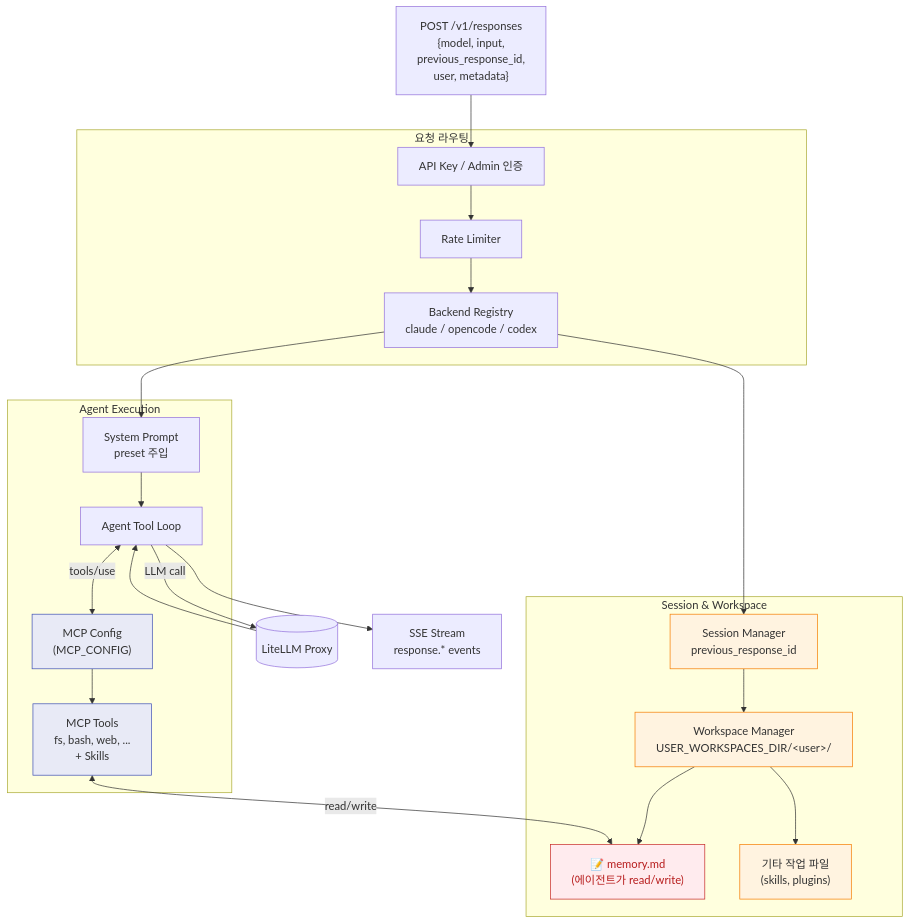
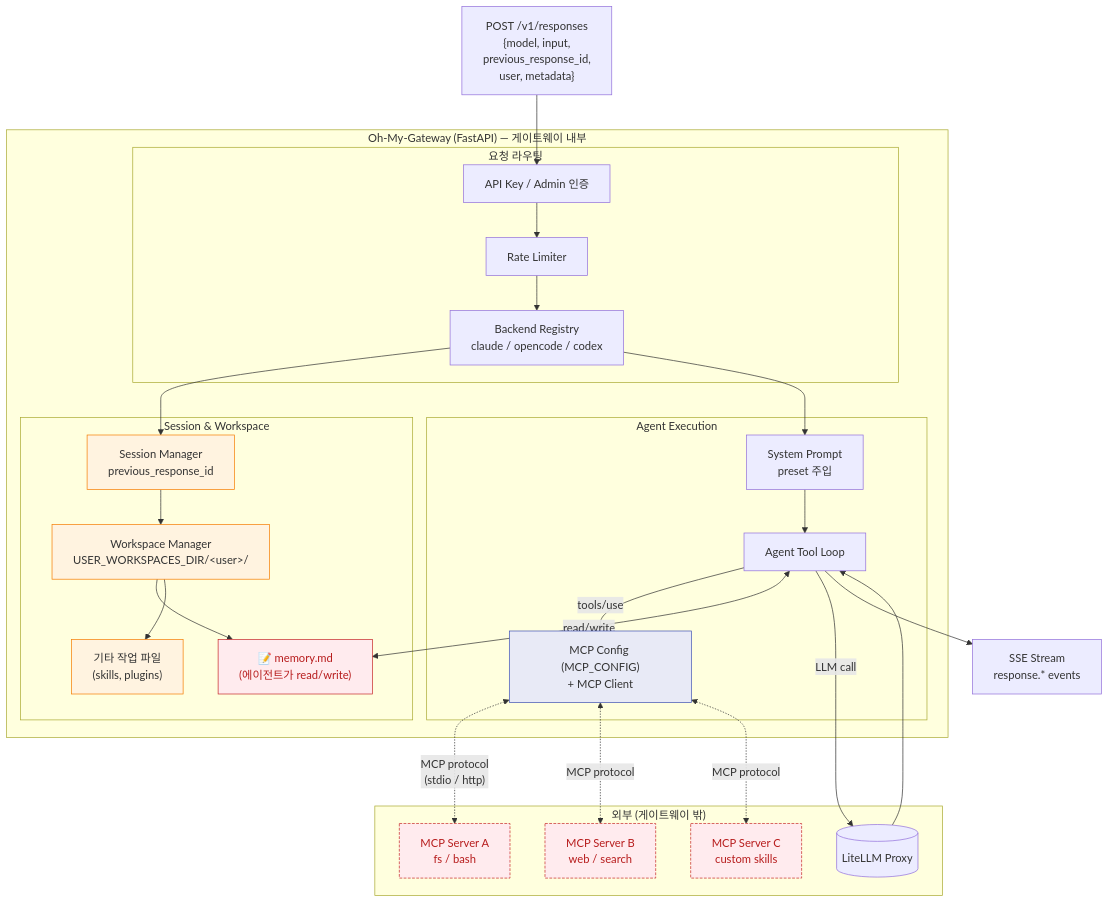
Before and after one commit to Kyutinium/open-webui: the third of 5 diagrams in docs/pipeline-architecture.md, drawn with Mermaid. The commit also changed other lines of this file, not shown here.

Commit message:
docs: move MCP outside gateway in mermaid sources, embed rendered SVG

````diff
--- a/docs/pipeline-architecture.md
+++ b/docs/pipeline-architecture.md
@@ -128,45 +145,57 @@
 ```mermaid
 flowchart TB
     In["POST /v1/responses<br/>{model, input,<br/>previous_response_id,<br/>user, metadata}"]
 
-    subgraph Routing["요청 라우팅"]
-        Auth[API Key / Admin 인증]
-        Rate[Rate Limiter]
-        Reg[Backend Registry<br/>claude / opencode / codex]
+    subgraph GW["Oh-My-Gateway (FastAPI) — 게이트웨이 내부"]
+        subgraph Routing["요청 라우팅"]
+            Auth[API Key / Admin 인증]
+            Rate[Rate Limiter]
+            Reg[Backend Registry<br/>claude / opencode / codex]
+        end
+
+        subgraph Sess["Session & Workspace"]
+            SM[Session Manager<br/>previous_response_id]
+            WM["Workspace Manager<br/>USER_WORKSPACES_DIR/&lt;user&gt;/"]
+            Mem["📝 memory.md<br/>(에이전트가 read/write)"]
+            Files["기타 작업 파일<br/>(skills, plugins)"]
+        end
+
+        subgraph Backend["Agent Execution"]
+            SP[System Prompt<br/>preset 주입]
+            Loop[Agent Tool Loop]
+            MCPC["MCP Config (MCP_CONFIG)<br/>+ MCP Client"]
+        end
     end
 
-    subgraph Sess["Session & Workspace"]
-        SM[Session Manager<br/>previous_response_id]
-        WM["Workspace Manager<br/>USER_WORKSPACES_DIR/&lt;user&gt;/"]
-        Mem["📝 memory.md<br/>(에이전트가 read/write)"]
-        Files["기타 작업 파일<br/>(skills, plugins)"]
+    subgraph Ext["외부 (게이트웨이 밖)"]
+        Tools1["MCP Server A<br/>fs / bash"]
+        Tools2["MCP Server B<br/>web / search"]
+        Tools3["MCP Server C<br/>custom skills"]
+        LLM[(LiteLLM Proxy)]
     end
 
-    subgraph Backend["Agent Execution"]
-        SP[System Prompt<br/>preset 주입]
-        Loop[Agent Tool Loop]
-        MCPC["MCP Config<br/>(MCP_CONFIG)"]
-        Tools["MCP Tools<br/>fs, bash, web, ...<br/>+ Skills"]
-    end
-
-    LLM[(LiteLLM Proxy)]
     SSE["SSE Stream<br/>response.* events"]
 
     In --> Auth --> Rate --> Reg
     Reg --> SM --> WM
     WM --> Mem
     WM --> Files
     Reg --> SP --> Loop
-    Loop <-- "tools/use" --> MCPC --> Tools
-    Tools <-- "read/write" --> Mem
+    Loop -- "tools/use" --> MCPC
+    MCPC <-. "MCP protocol<br/>(stdio / http)" .-> Tools1
+    MCPC <-. "MCP protocol" .-> Tools2
+    MCPC <-. "MCP protocol" .-> Tools3
+    Loop <-- "read/write" --> Mem
     Loop -- "LLM call" --> LLM
     LLM --> Loop
     Loop --> SSE
 
     classDef sess fill:#FFF3E0,stroke:#F57C00
     classDef mem fill:#FFEBEE,stroke:#C62828,color:#B71C1C
-    classDef tool fill:#E8EAF6,stroke:#3F51B5
+    classDef cfg fill:#E8EAF6,stroke:#3F51B5
+    classDef ext fill:#FFEBEE,stroke:#C62828,color:#B71C1C,stroke-dasharray: 4 2
     class SM,WM,Files sess
     class Mem mem
-    class MCPC,Tools tool
+    class MCPC cfg
+    class Tools1,Tools2,Tools3 ext
 ```
````
